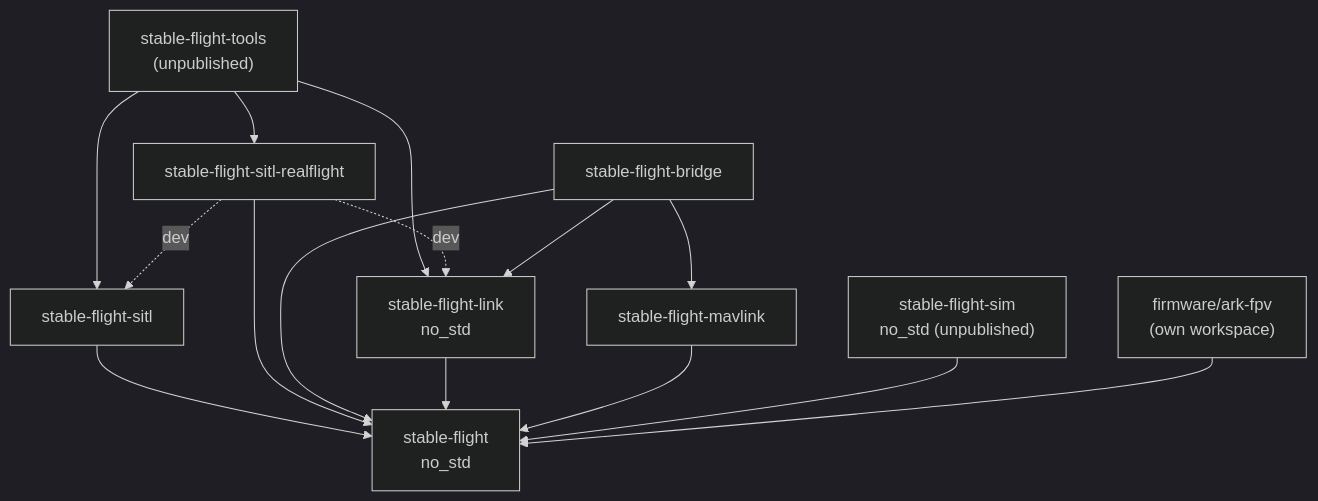
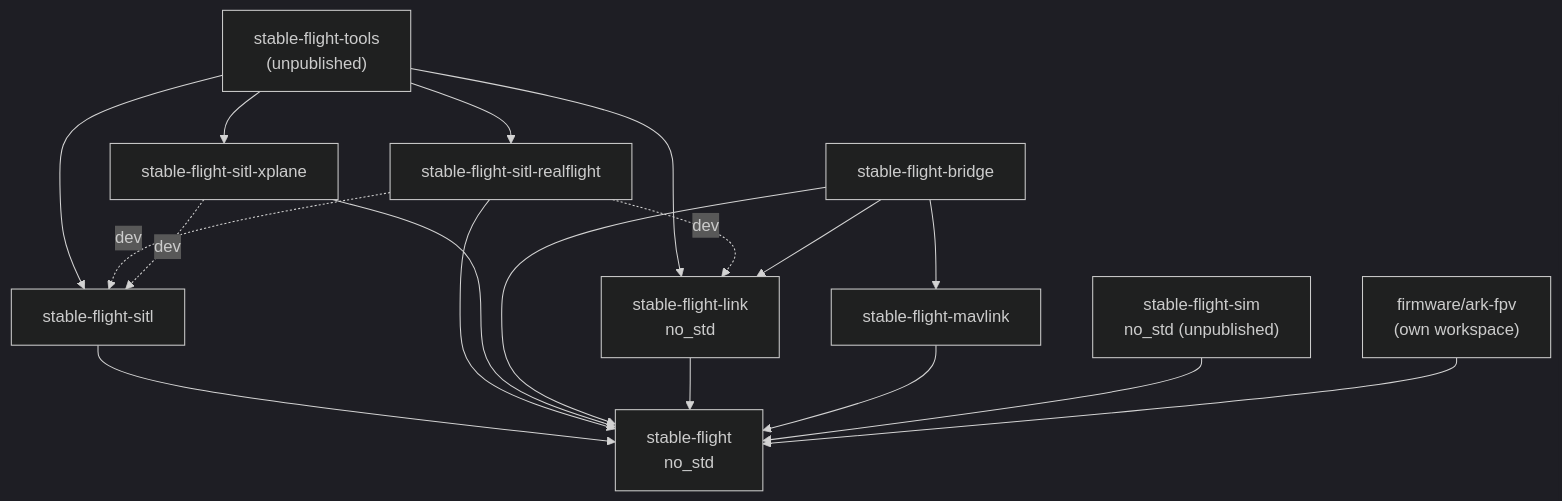
One commit to wboayue/stable-flight changed the first of 5 diagrams in architecture.md. Above: the diagram before and after it, drawn with Mermaid (dark theme). The commit also changed other lines of this file and 26 other files, not shown here.

First line of the commit message:
stable-flight-sitl-xplane: X-Plane backend (#351)

````diff
--- a/architecture.md
+++ b/architecture.md
@@ -10,13 +10,15 @@
 ```mermaid
 flowchart TB
-    tools["stable-flight-tools<br/>(unpublished)"] --> sitl & realflight & link
+    tools["stable-flight-tools<br/>(unpublished)"] --> sitl & realflight & xplane & link
     sitl["stable-flight-sitl"] --> core
     realflight["stable-flight-sitl-realflight"] --> core
     realflight -. dev .-> sitl & link
+    xplane["stable-flight-sitl-xplane"] --> core
+    xplane -. dev .-> sitl
     bridge["stable-flight-bridge"] --> link & mavlink & core
     link["stable-flight-link<br/>no_std"] --> core
     mavlink["stable-flight-mavlink"] --> core
     sim["stable-flight-sim<br/>no_std (unpublished)"] --> core
     firmware["firmware/ark-fpv<br/>(own workspace)"] --> core
     core["stable-flight<br/>no_std"]
 ```
````
